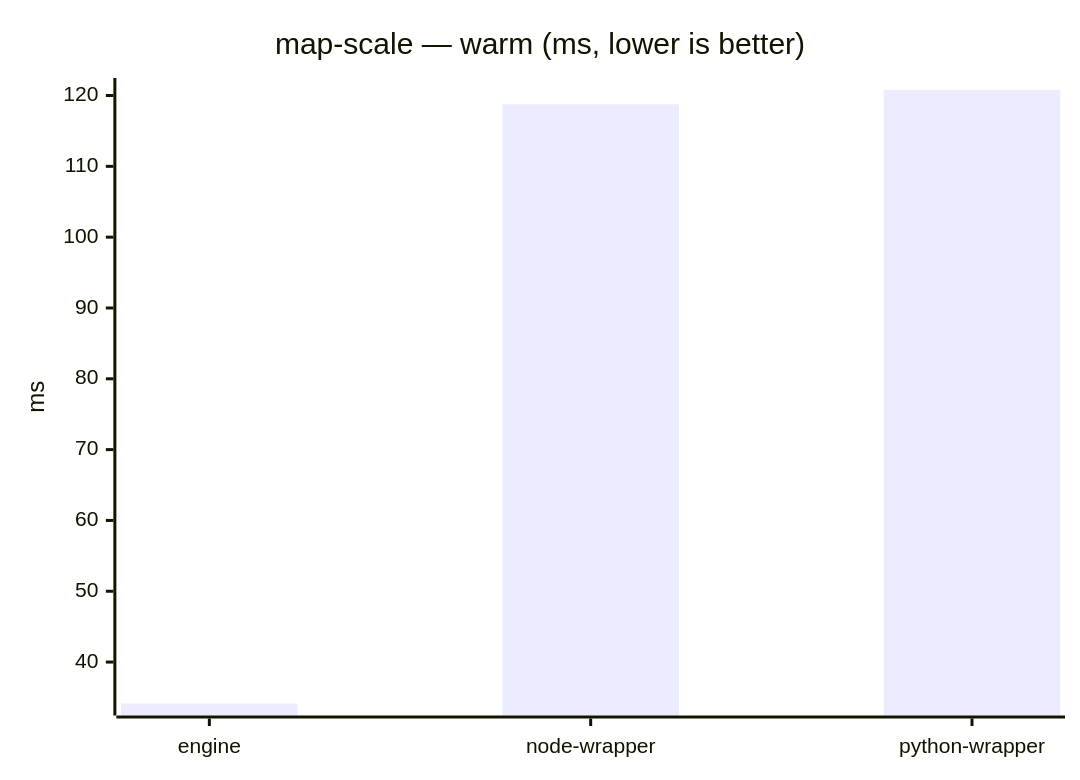
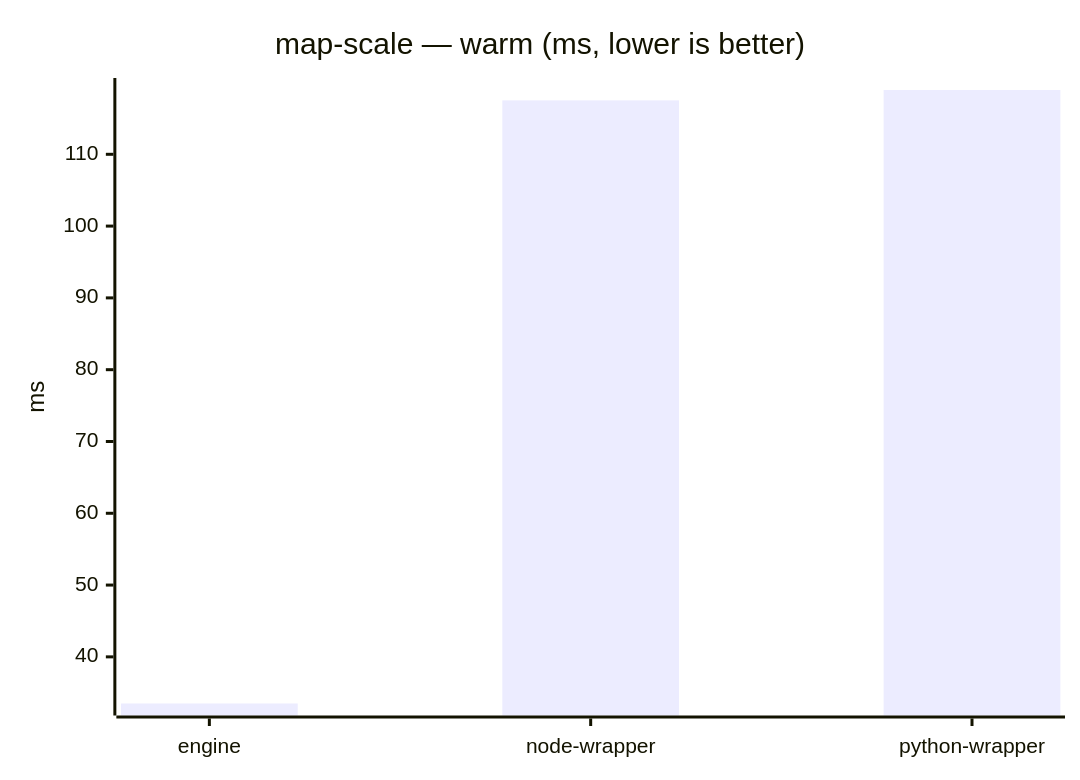
One commit to mulesoft/data-weave-cli changed the seventh of 23 diagrams in benchmarks/report/RESULTS.md. Above: the diagram before and after it, drawn with Mermaid. The commit also changed other lines of this file, not shown here.

````diff
--- a/benchmarks/report/RESULTS.md
+++ b/benchmarks/report/RESULTS.md
@@ -98,7 +98,7 @@
 ```mermaid
 xychart-beta
     title "map-scale — warm (ms, lower is better)"
     x-axis ["engine", "node-wrapper", "python-wrapper"]
     y-axis "ms"
-    bar [34.149, 118.767, 120.779]
+    bar [33.504, 117.512, 118.956]
 ```
````
